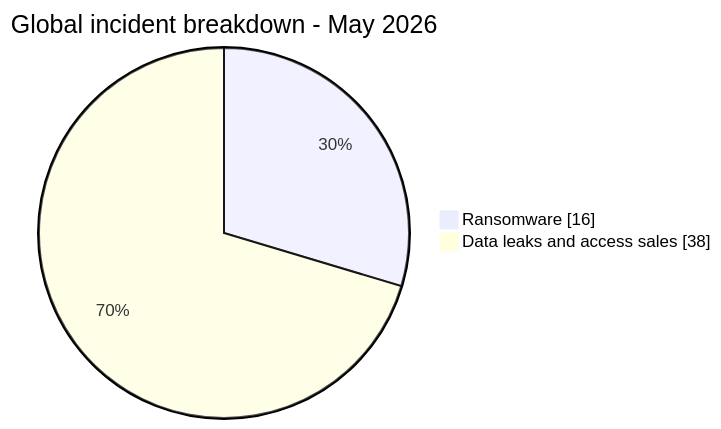
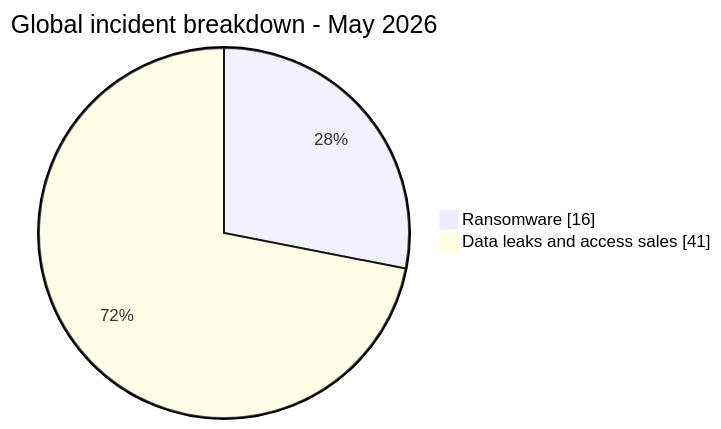
The first of 7 diagrams in statistics/2026/05-may/README.md (Hatchepsoute/AFRINTEL), drawn with Mermaid before and after one commit. The commit also changed other lines of this file and 28 other files, not shown here.

````diff
--- a/statistics/2026/05-may/README.md
+++ b/statistics/2026/05-may/README.md
@@ -44,6 +44,6 @@
 ```mermaid
 pie showData
     title Global incident breakdown - May 2026
     "Ransomware" : 16
-    "Data leaks and access sales" : 38
+    "Data leaks and access sales" : 41
 ```
````
